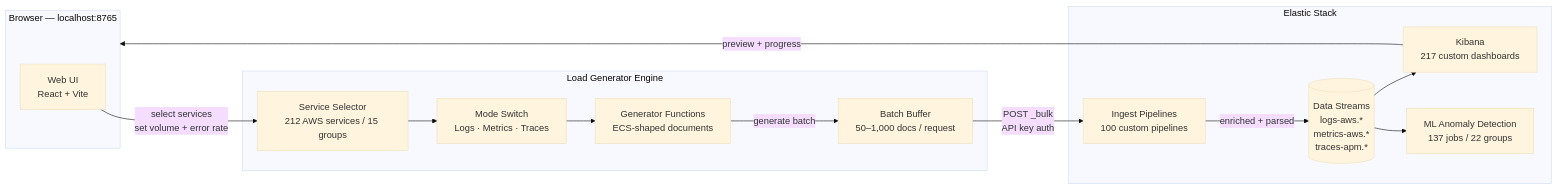
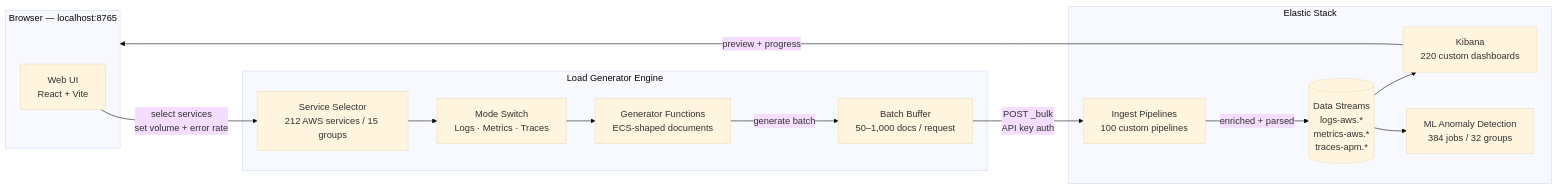
Before and after one commit to rkernutt/cloud-to-elastic-load-generator: the first of 14 diagrams in docs/diagrams.md, drawn with Mermaid (base theme). The commit also changed other lines of this file and 1110 other files, not shown here.

````diff
--- a/docs/diagrams.md
+++ b/docs/diagrams.md
@@ -9,30 +11,30 @@
 ```mermaid
 flowchart LR
     subgraph Browser["Browser — localhost:8765"]
         UI["Web UI\nReact + Vite"]
     end
 
     subgraph Engine["Load Generator Engine"]
         SEL["Service Selector\n212 AWS services / 15 groups"]
         MODE["Mode Switch\nLogs · Metrics · Traces"]
         GEN["Generator Functions\nECS-shaped documents"]
         BUF["Batch Buffer\n50–1,000 docs / request"]
     end
 
     subgraph Elastic["Elastic Stack"]
         PIPE["Ingest Pipelines\n100 custom pipelines"]
         DS[("Data Streams\nlogs-aws.*\nmetrics-aws.*\ntraces-apm.*")]
-        KB["Kibana\n217 custom dashboards"]
-        ML["ML Anomaly Detection\n137 jobs / 22 groups"]
+        KB["Kibana\n220 custom dashboards"]
+        ML["ML Anomaly Detection\n384 jobs / 32 groups"]
     end
 
     UI -->|"select services\nset volume + error rate"| SEL
     SEL --> MODE
     MODE --> GEN
     GEN -->|"generate batch"| BUF
     BUF -->|"POST _bulk\nAPI key auth"| PIPE
     PIPE -->|"enriched + parsed"| DS
     DS --> KB
     DS --> ML
     KB -->|"preview + progress"| Browser
 ```
````
